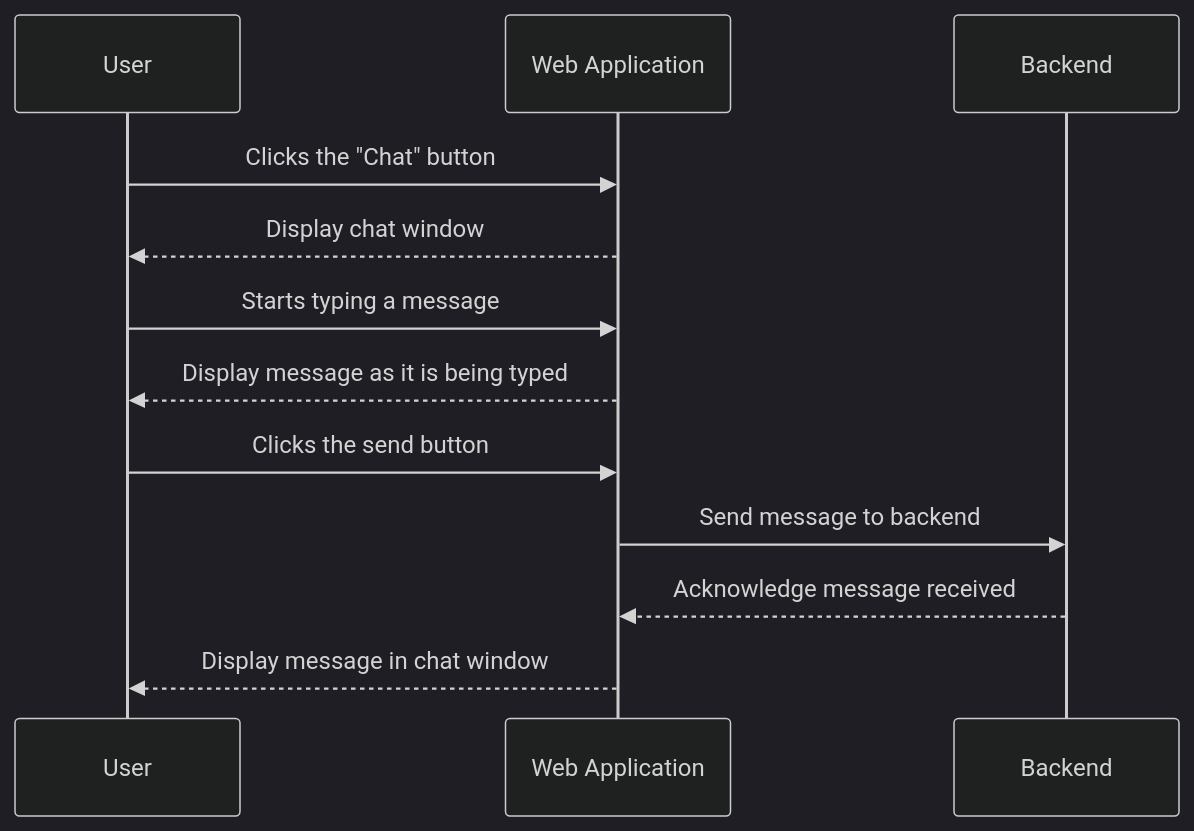
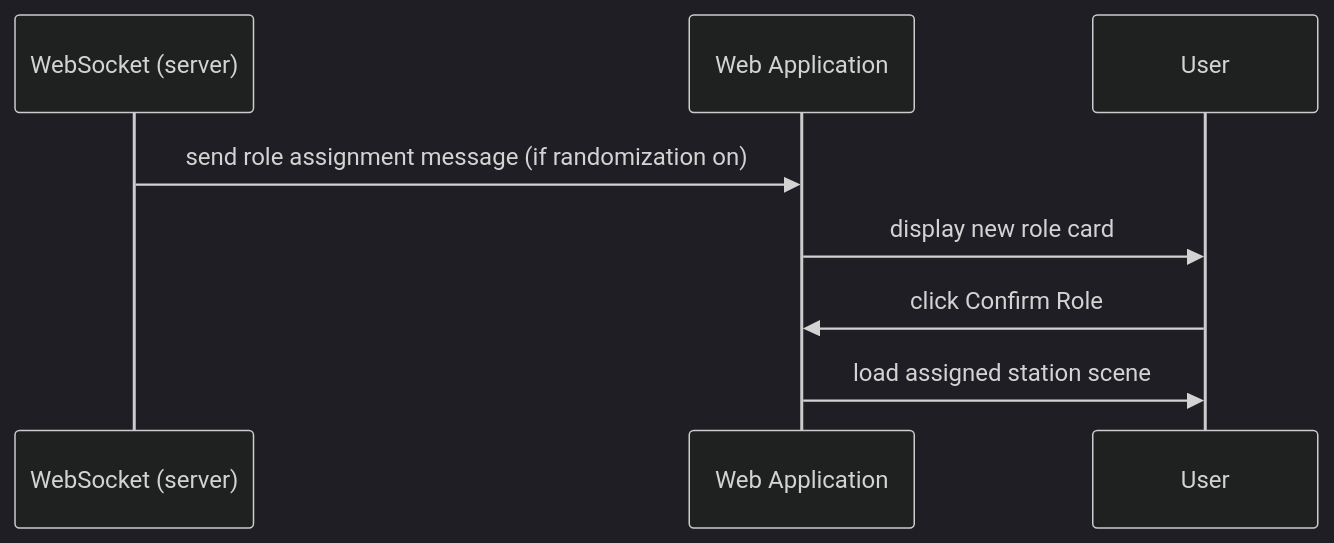
One commit to Capstone-Projects-2025-Spring/aac-go-fish changed diagram 18 of 19 in documentation/docs/system-architecture/use-case-sequences.md. Above: the diagram before and after it, drawn with Mermaid (dark theme). The commit also changed other lines of this file and 1 other file, not shown here.

Commit message:
AGTC-117 Update use cases and sequences for new game

````diff
--- a/documentation/docs/system-architecture/use-case-sequences.md
+++ b/documentation/docs/system-architecture/use-case-sequences.md
@@ -149,15 +330,11 @@
 ```mermaid
 sequenceDiagram
+    participant Server as WebSocket (server)
+    participant WebApp as Web Application
     participant User
-    participant WebApplication as Web Application
-    participant Backend
 
-    User->>WebApplication: Clicks the "Chat" button
-    WebApplication-->>User: Display chat window
-    User->>WebApplication: Starts typing a message
-    WebApplication-->>User: Display message as it is being typed
-    User->>WebApplication: Clicks the send button
-    WebApplication->>Backend: Send message to backend
-    Backend-->>WebApplication: Acknowledge message received
-    WebApplication-->>User: Display message in chat window
+    Server->>WebApp: send role assignment message (if randomization on)
+    WebApp->>User: display new role card
+    User->>WebApp: click Confirm Role
+    WebApp->>User: load assigned station scene
 ```
````
